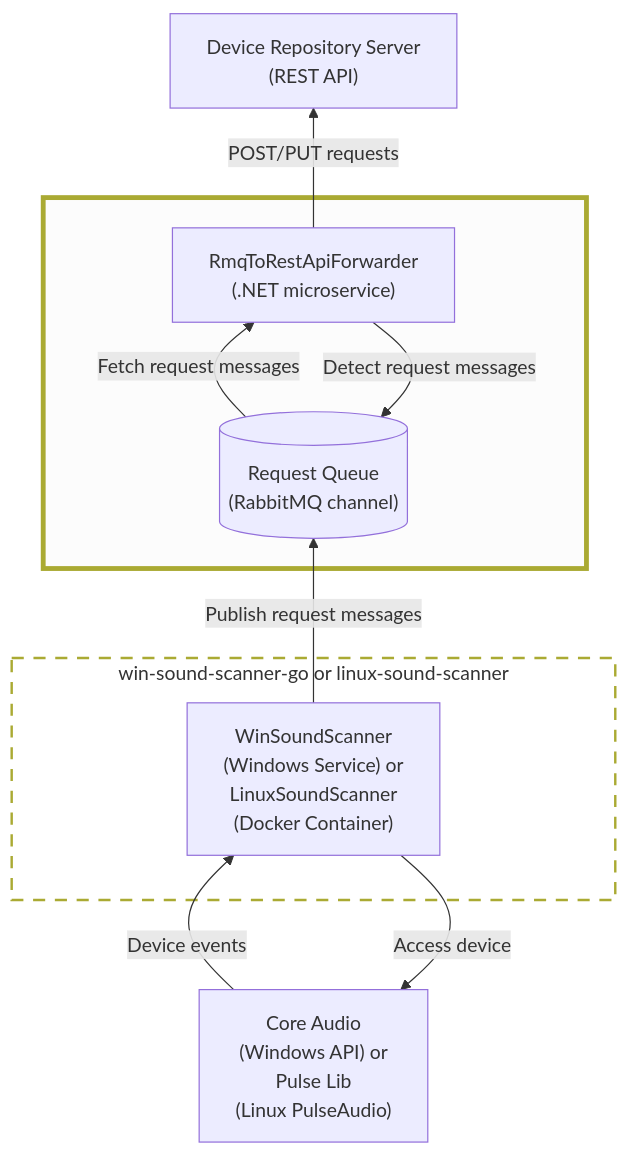
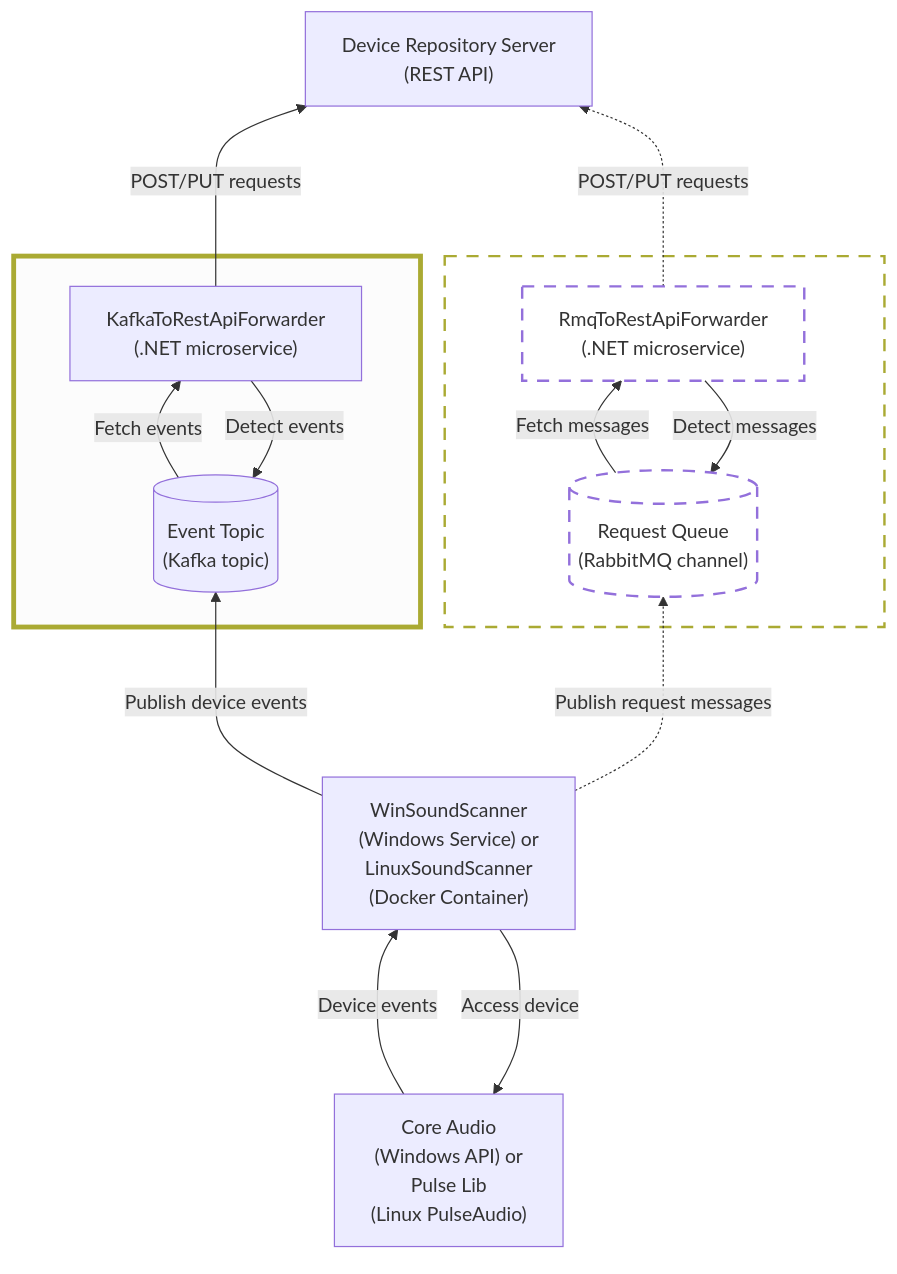
The diagram in README.md (collect-sound-devices/kafka-to-rest-api-forwarder), drawn with Mermaid before and after one commit. The commit also changed other lines of this file, not shown here.

Commit message:
Architecture diagrams refined

````diff
--- a/README.md
+++ b/README.md
@@ -15,35 +15,43 @@
 ```mermaid
 flowchart BT
 
 classDef dottedBox fill:transparent, fill-opacity:0.55, stroke-dasharray:10 8, stroke-width:2px;
 classDef stressedBox fill:#f0f0f0,fill-opacity:0.2,stroke-width:4px;
 classDef invisibleNode fill:transparent, stroke:transparent;
 
 coreAudioApi["Core Audio<br>(Windows API) or<br>Pulse Lib<br>(Linux PulseAudio)"]
 
-subgraph scannerService["win-sound-scanner-go or linux-sound-scanner"]
-    invisible1["<br><br><br><br><br>"]
     class invisible1 invisibleNode
     winSoundScannerService["WinSoundScanner<br>(Windows Service) or<br>LinuxSoundScanner<br>(Docker Container)"]
     invisible2["<br><br><br><br><br>"]
     class invisible2 invisibleNode
+
+subgraph eventTopicKafkaMicroservice["<br>"]
+    eventTopic[("Event Topic<br>(Kafka topic)")]
+    kafkaRestForwarder["KafkaToRestApiForwarder<br>(.NET microservice)"]
 end
-class scannerService dottedBox
-
-subgraph requestQueueMicroservice["<br>"]
+class eventTopicKafkaMicroservice stressedBox
+    
+subgraph requestQueueRabbitMqMicroservice["<br>"]
     requestQueue[("Request Queue<br>(RabbitMQ channel)")]
+    class requestQueue dottedBox
     rabbitMqRestForwarder["RmqToRestApiForwarder<br>(.NET microservice)"]
+    class rabbitMqRestForwarder dottedBox
 end
-class requestQueueMicroservice stressedBox
+class requestQueueRabbitMqMicroservice dottedBox
 
 deviceRepositoryApi["Device Repository Server<br>(REST API)"]
 
 winSoundScannerService --> |Access device| coreAudioApi
-coreAudioApi -->|Device events| winSoundScannerService
+coreAudioApi --->|Device events| winSoundScannerService
 
-winSoundScannerService -->|Publish request messages| requestQueue
+winSoundScannerService ---> |Publish device events| eventTopic
+winSoundScannerService -..->|Publish request messages| requestQueue
 
-requestQueue -->|Fetch request messages| rabbitMqRestForwarder
-rabbitMqRestForwarder --> |Detect request messages| requestQueue
-rabbitMqRestForwarder -->|POST/PUT requests| deviceRepositoryApi
+eventTopic -->|Fetch events| kafkaRestForwarder
+kafkaRestForwarder --> |Detect events| eventTopic
+kafkaRestForwarder --->|POST/PUT requests| deviceRepositoryApi
+requestQueue -->|Fetch messages| rabbitMqRestForwarder
+rabbitMqRestForwarder --> |Detect messages| requestQueue
+rabbitMqRestForwarder -..->|POST/PUT requests| deviceRepositoryApi
 ```
````
